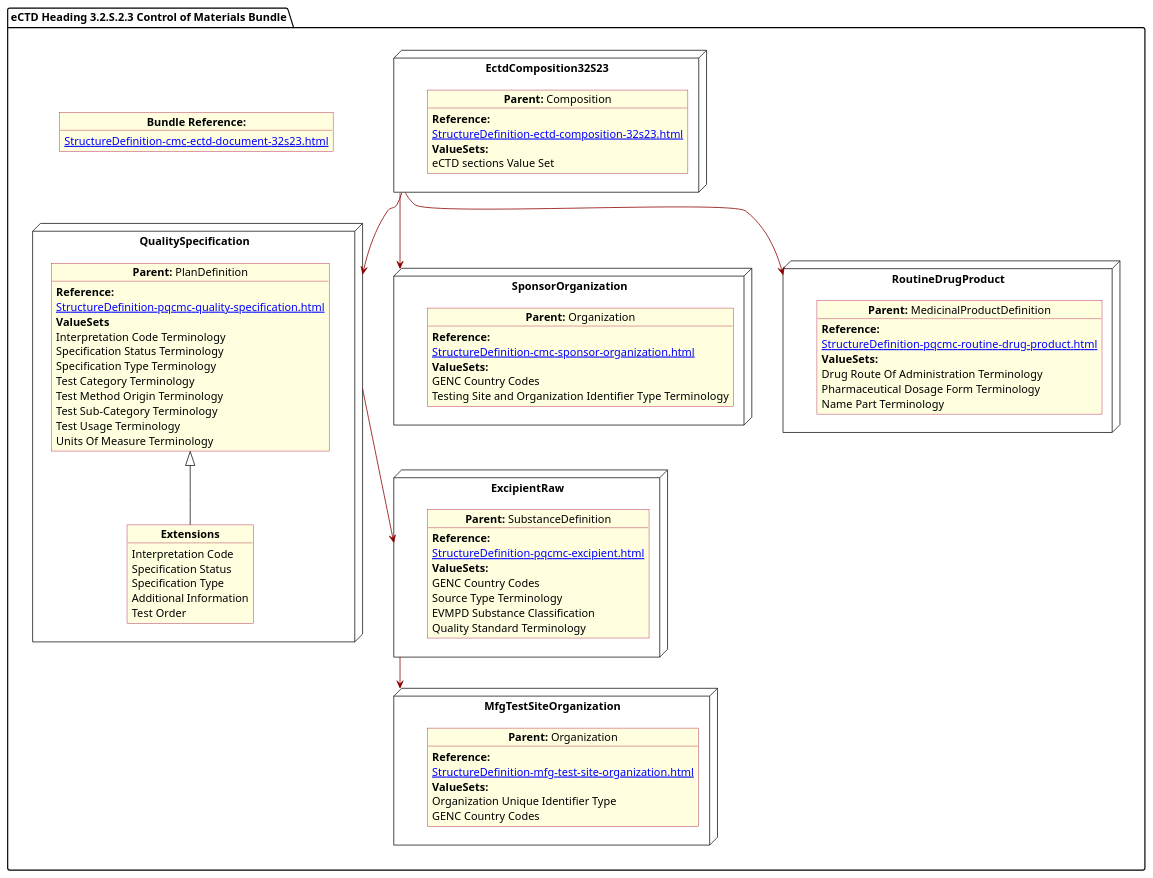
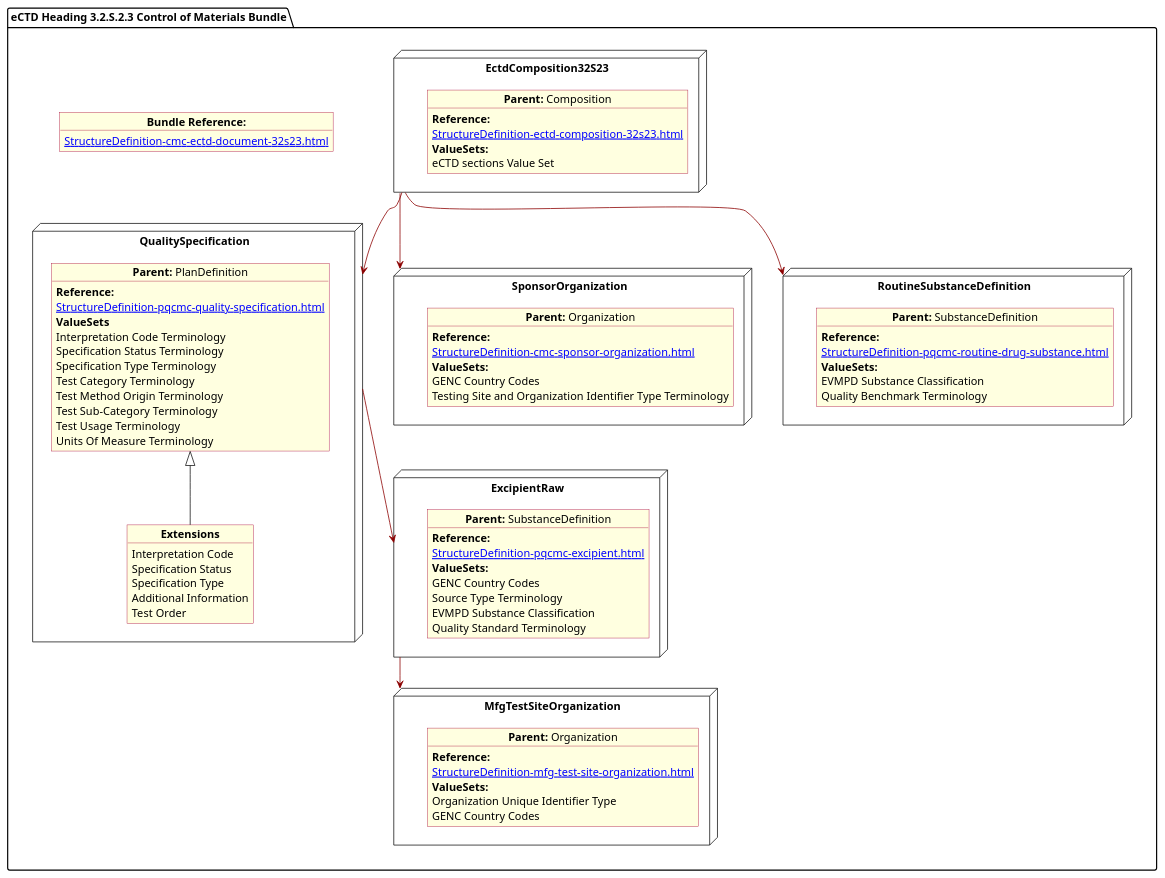
The diagram in input/images-source/SubstanceControlMat.plantuml (HL7/FHIR-us-pq-cmc-fda), drawn with PlantUML before and after one commit. The commit also changed 9 other files, not shown here.

```diff
--- a/input/images-source/SubstanceControlMat.plantuml
+++ b/input/images-source/SubstanceControlMat.plantuml
@@ -1,102 +1,100 @@
 @startuml SubstanceControlMat
 allowmixing
 'Mixed model of use case and object
 skinparam svgDimensionStyle false
 skinparam ObjectBackgroundColor LightYellow
 skinparam ObjectBorderColor #A80036
 skinparam activityDiamondBorderColor #A80036
 skinparam activityDiamondBackgroundColor lawnGreen
 skinparam ClassBorderThickness 4
 
 package "eCTD Heading 3.2.S.2.3 Control of Materials Bundle" as NODES {
     object "**Bundle Reference:**" as objbun {
         [[StructureDefinition-cmc-ectd-document-32s23.html]]
     }
 
     node "QualitySpecification" as N2 {
 
         object "**Parent:** PlanDefinition" as obj2 {
             **Reference:**
             [[StructureDefinition-pqcmc-quality-specification.html]]
             **ValueSets**
             Interpretation Code Terminology
             Specification Status Terminology
             Specification Type Terminology
             Test Category Terminology
             Test Method Origin Terminology
             Test Sub-Category Terminology
             Test Usage Terminology
             Units Of Measure Terminology
         }
         object "**Extensions**" as objQSEx {
             Interpretation Code
             Specification Status
             Specification Type
             Additional Information
             Test Order
         }
         obj2 <|-- objQSEx
     }
     node "EctdComposition32S23" as N1 {
 
         object "**Parent:** Composition" as obj1 {
             **Reference:**
             [[StructureDefinition-ectd-composition-32s23.html]]
             **ValueSets:**
             eCTD sections Value Set
         }
     }
 
     node "SponsorOrganization" as NSO {
 
         object "**Parent:** Organization" as objAu {
             **Reference:**
             [[StructureDefinition-cmc-sponsor-organization.html]]
             **ValueSets:**
             GENC Country Codes
             Testing Site and Organization Identifier Type Terminology
         }
     }
 
     node "ExcipientRaw" as N21 {
 
         object "**Parent:** SubstanceDefinition" as obj22 {
             **Reference:**
             [[StructureDefinition-pqcmc-excipient.html]]
             **ValueSets:**
             GENC Country Codes
             Source Type Terminology
             EVMPD Substance Classification
             Quality Standard Terminology
         }
     }
     node "MfgTestSiteOrganization" as N21mfg {
 
         object "**Parent:** Organization" as objTS  {
             **Reference:**
             [[StructureDefinition-mfg-test-site-organization.html]]
             **ValueSets:**
             Organization Unique Identifier Type
             GENC Country Codes
         }
     }
 
-      node "RoutineDrugProduct" as NN {
-
-    object "**Parent:** MedicinalProductDefinition" as obj3 {
-      **Reference:**
-      [[StructureDefinition-pqcmc-routine-drug-product.html]]
-      **ValueSets:**
-      Drug Route Of Administration Terminology
-      Pharmaceutical Dosage Form Terminology
-      Name Part Terminology
-    }
-  }
+  node "RoutineSubstanceDefinition" as NN { 
+      object "**Parent:** SubstanceDefinition" as obj3 {
+                   **Reference:**
+      [[StructureDefinition-pqcmc-routine-drug-substance.html]]
+                **ValueSets:**
+                EVMPD Substance Classification
+                Quality Benchmark Terminology
+      }  
+}
 
     N1 -[#darkred]-> N2
     N2 -[#darkred]-> N21
     N1 -[#darkred]-> NSO
     N1 -[#darkred]-> NN
     N21 -[#darkred]-> N21mfg
 }
 @enduml
```
